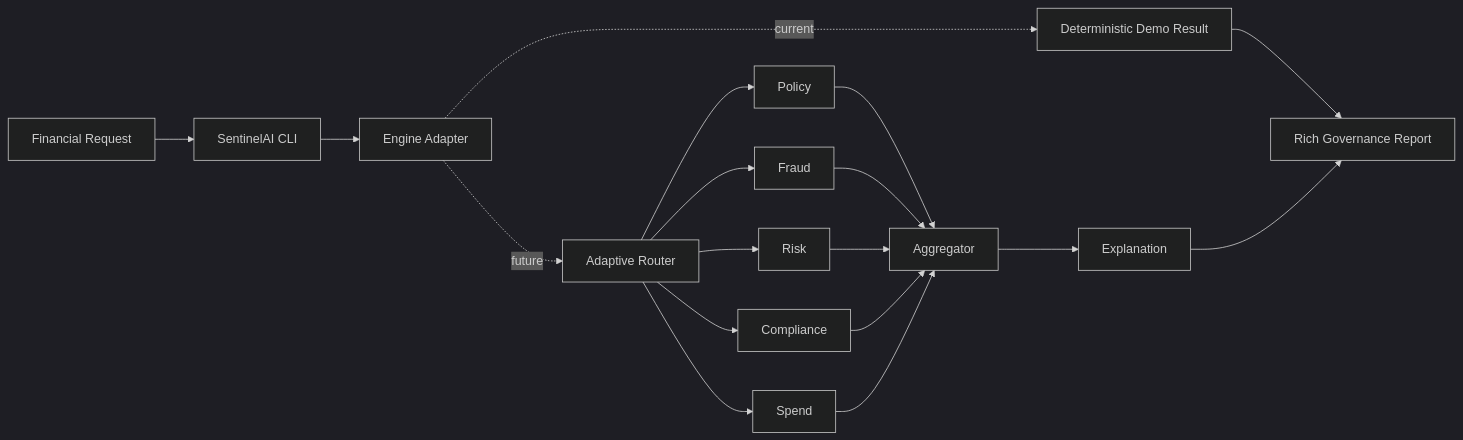
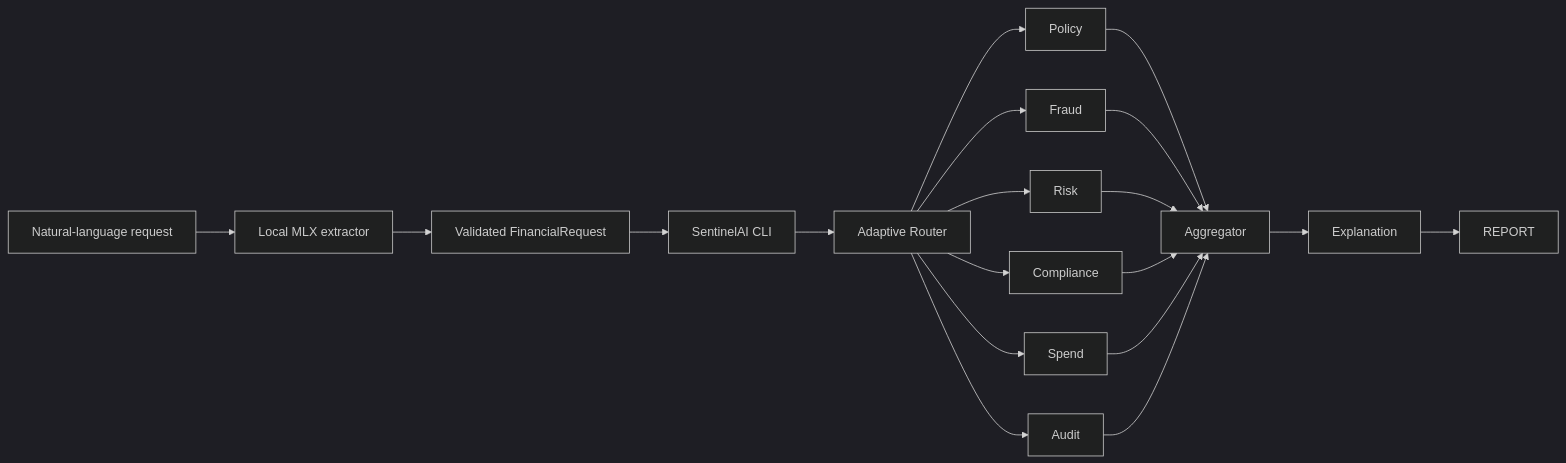
The diagram in README.md (MaheshReddy-ML/SentinelAI), drawn with Mermaid (dark theme) before and after one commit. The commit also changed other lines of this file and 43 other files, not shown here.

Commit message:
feat: enhance governance engine with rule traceability and expert-based decision analysis

````diff
--- a/README.md
+++ b/README.md
@@ -107,16 +119,16 @@
 ```mermaid
 flowchart LR
-    R[Financial Request] --> CLI[SentinelAI CLI]
-    CLI --> ADAPTER[Engine Adapter]
-    ADAPTER -. current .-> MOCK[Deterministic Demo Result]
-    ADAPTER -. future .-> ROUTER[Adaptive Router]
+    NL[Natural-language request] --> LLM[Local MLX extractor]
+    LLM --> R[Validated FinancialRequest]
+    R --> CLI[SentinelAI CLI]
+    CLI --> ROUTER[Adaptive Router]
     ROUTER --> P[Policy]
     ROUTER --> F[Fraud]
     ROUTER --> RK[Risk]
     ROUTER --> C[Compliance]
     ROUTER --> S[Spend]
-    P & F & RK & C & S --> A[Aggregator]
+    ROUTER --> AU[Audit]
+    P & F & RK & C & S & AU --> A[Aggregator]
     A --> E[Explanation]
-    MOCK --> REPORT[Rich Governance Report]
     E --> REPORT
 ```
````
